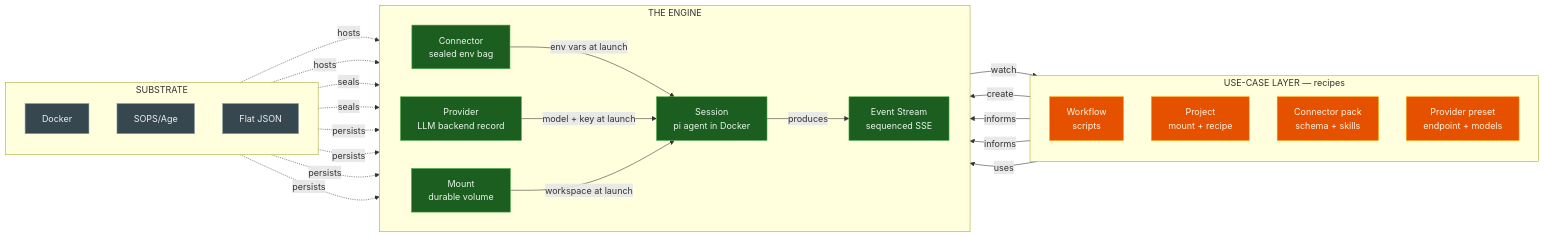
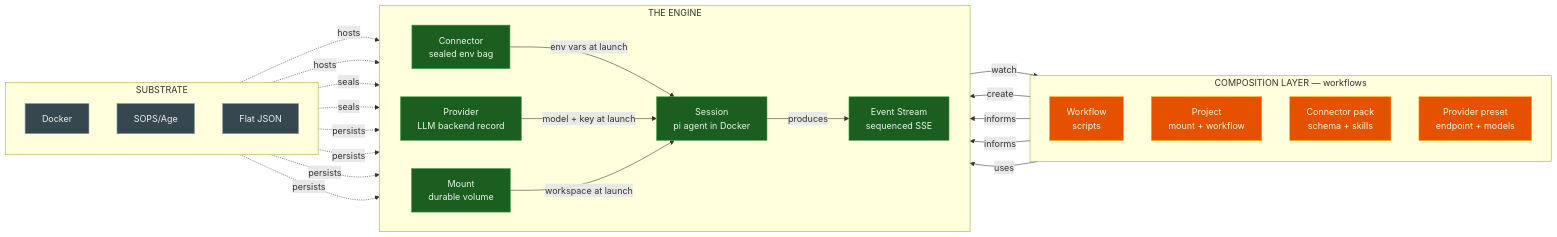
The third of 5 diagrams in docs/knowledge/platform/architecture.md (marcoklein/agent-land), drawn with Mermaid before and after one commit. The commit also changed other lines of this file and 3 other files, not shown here.

Commit message:
docs(knowledge): clarify workflow/recipe/playbook terms; keep platform notes neutral

````diff
--- a/docs/knowledge/platform/architecture.md
+++ b/docs/knowledge/platform/architecture.md
@@ -71,51 +71,51 @@
 ```mermaid
 graph LR
-    subgraph usecase["USE-CASE LAYER — recipes"]
+    subgraph usecase["COMPOSITION LAYER — workflows"]
         direction TB
         workflow["Workflow<br/>scripts"]:::outside
-        project["Project<br/>mount + recipe"]:::outside
+        project["Project<br/>mount + workflow"]:::outside
         pack["Connector pack<br/>schema + skills"]:::outside
         preset["Provider preset<br/>endpoint + models"]:::outside
     end
 
     subgraph engine["THE ENGINE"]
         direction LR
         connector["Connector<br/>sealed env bag"]:::core
         provider["Provider<br/>LLM backend record"]:::core
         mount["Mount<br/>durable volume"]:::core
         session["Session<br/>pi agent in Docker"]:::core
         events["Event Stream<br/>sequenced SSE"]:::core
     end
 
     subgraph substrate["SUBSTRATE"]
         direction TB
         docker["Docker"]:::substrate
         sops["SOPS/Age"]:::substrate
         json["Flat JSON"]:::substrate
     end
 
     connector -->|"env vars at launch"| session
     provider  -->|"model + key at launch"| session
     mount     -->|"workspace at launch"| session
     session   -->|"produces"| events
 
     events    -->|"watch"| workflow
     workflow  -->|"create"| session
 
     pack      -->|"informs"| connector
     preset    -->|"informs"| provider
     project   -->|"uses"| mount
 
     docker -.->|"hosts"| session
     docker -.->|"hosts"| mount
     sops   -.->|"seals"| connector
     sops   -.->|"seals"| provider
     json   -.->|"persists"| session
     json   -.->|"persists"| events
     json   -.->|"persists"| connector
     json   -.->|"persists"| provider
 
     classDef core fill:#1b5e20,stroke:#4caf50,color:#e8f5e9
     classDef substrate fill:#37474f,stroke:#90a4ae,color:#eceff1
     classDef outside fill:#e65100,stroke:#ff9800,color:#fff3e0
 ```
````
